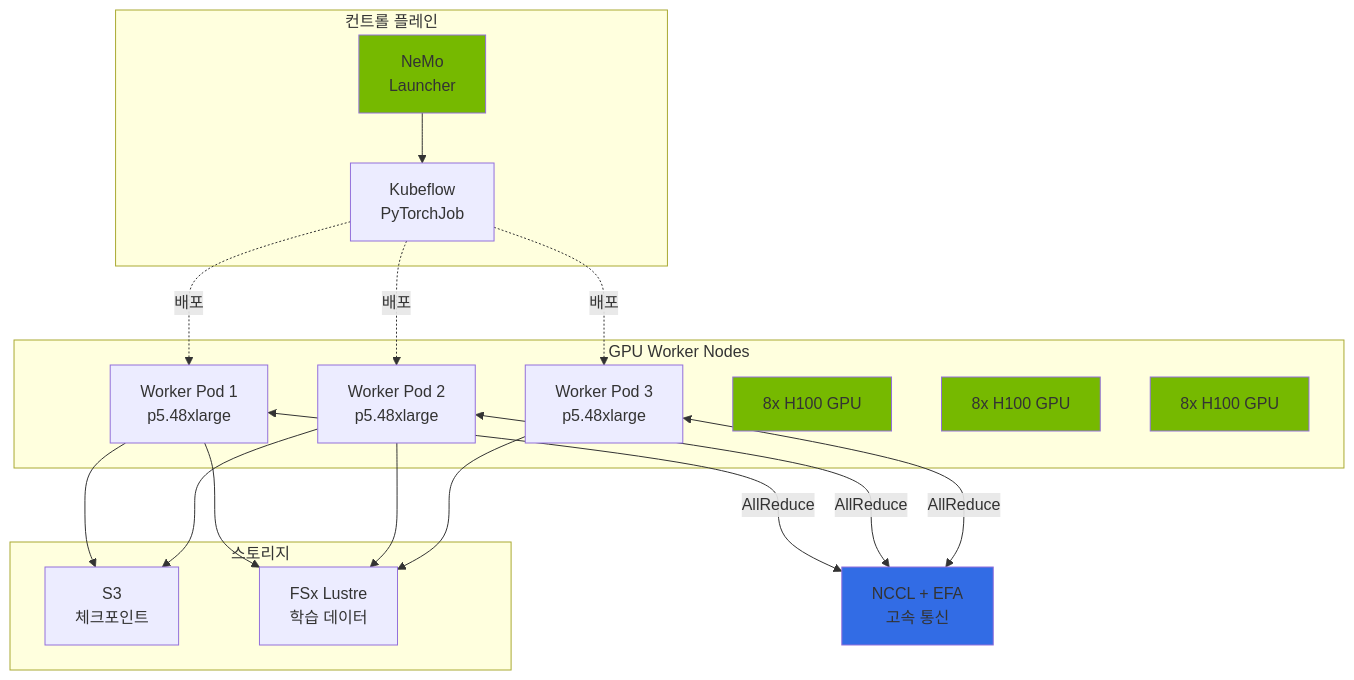
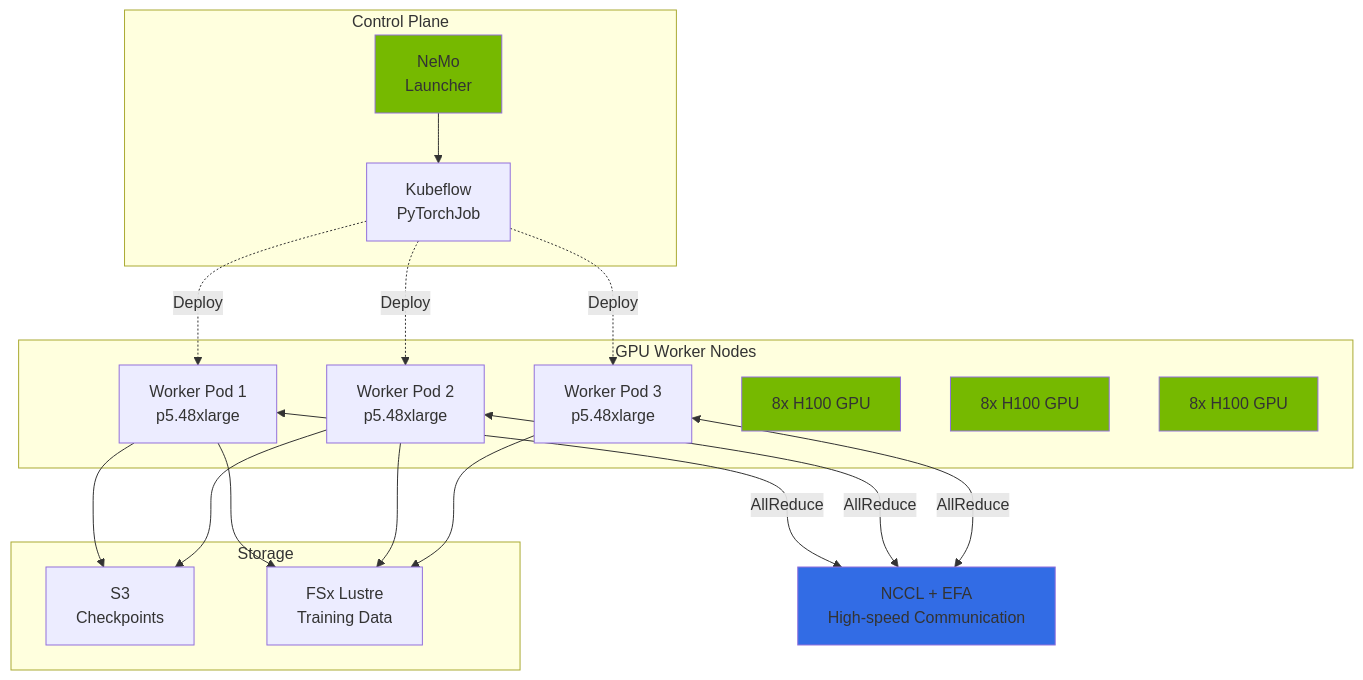
One commit to devfloor9/engineering-playbook changed the second of 6 diagrams in docs/agentic-ai-platform/model-serving/inference-frameworks/nemo-framework.md. Above: the diagram before and after it, drawn with Mermaid. The commit also changed other lines of this file and 954 other files, not shown here.

````diff
--- a/docs/agentic-ai-platform/model-serving/inference-frameworks/nemo-framework.md
+++ b/docs/agentic-ai-platform/model-serving/inference-frameworks/nemo-framework.md
@@ -75,44 +75,44 @@
 ```mermaid
 flowchart TB
-    subgraph Control["컨트롤 플레인"]
+    subgraph Control["Control Plane"]
         Launcher[NeMo<br/>Launcher]
         Scheduler[Kubeflow<br/>PyTorchJob]
     end
 
     subgraph Workers["GPU Worker Nodes"]
         W1[Worker Pod 1<br/>p5.48xlarge]
         W2[Worker Pod 2<br/>p5.48xlarge]
         W3[Worker Pod 3<br/>p5.48xlarge]
         G1[8x H100 GPU]
         G2[8x H100 GPU]
         G3[8x H100 GPU]
     end
 
-    subgraph Storage["스토리지"]
-        S3[S3<br/>체크포인트]
-        FSx[FSx Lustre<br/>학습 데이터]
+    subgraph Storage["Storage"]
+        S3[S3<br/>Checkpoints]
+        FSx[FSx Lustre<br/>Training Data]
     end
 
-    NCCL[NCCL + EFA<br/>고속 통신]
+    NCCL[NCCL + EFA<br/>High-speed Communication]
 
     Launcher --> Scheduler
-    Scheduler -.->|배포| W1
-    Scheduler -.->|배포| W2
-    Scheduler -.->|배포| W3
+    Scheduler -.->|Deploy| W1
+    Scheduler -.->|Deploy| W2
+    Scheduler -.->|Deploy| W3
 
     W1 <-->|AllReduce| NCCL
     W2 <-->|AllReduce| NCCL
     W3 <-->|AllReduce| NCCL
 
     W1 --> S3
     W2 --> S3
     W1 --> FSx
     W2 --> FSx
     W3 --> FSx
 
     style Launcher fill:#76b900
     style NCCL fill:#326ce5
     style G1 fill:#76b900
     style G2 fill:#76b900
     style G3 fill:#76b900
 ```
````
